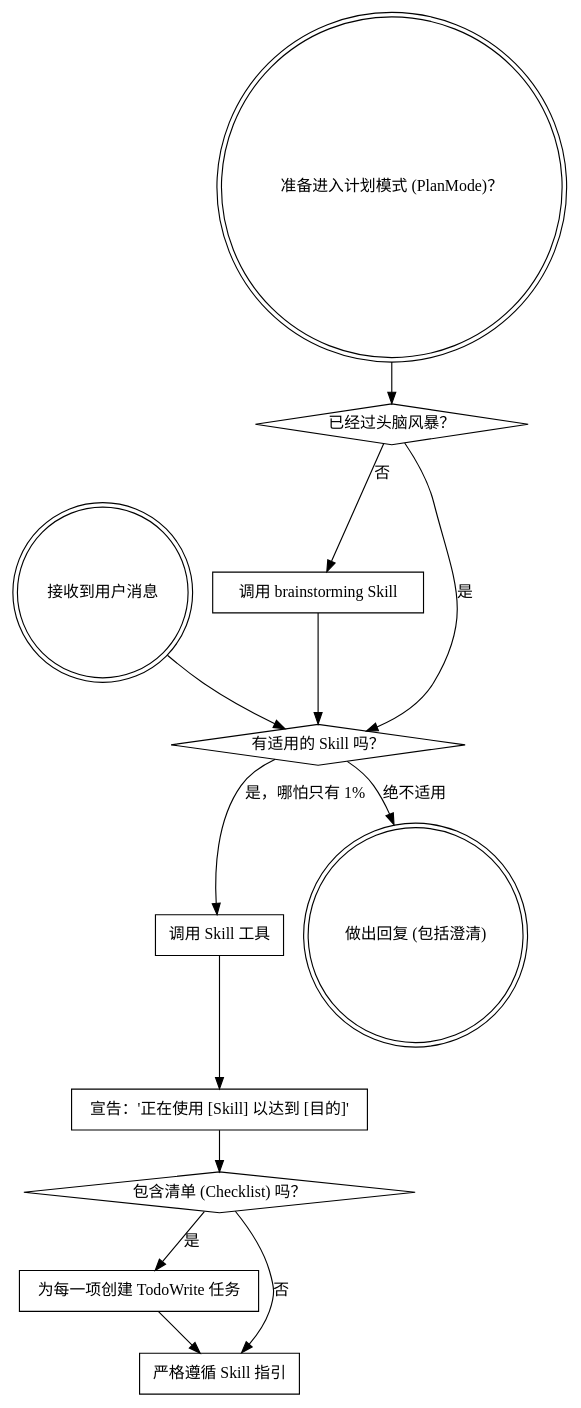
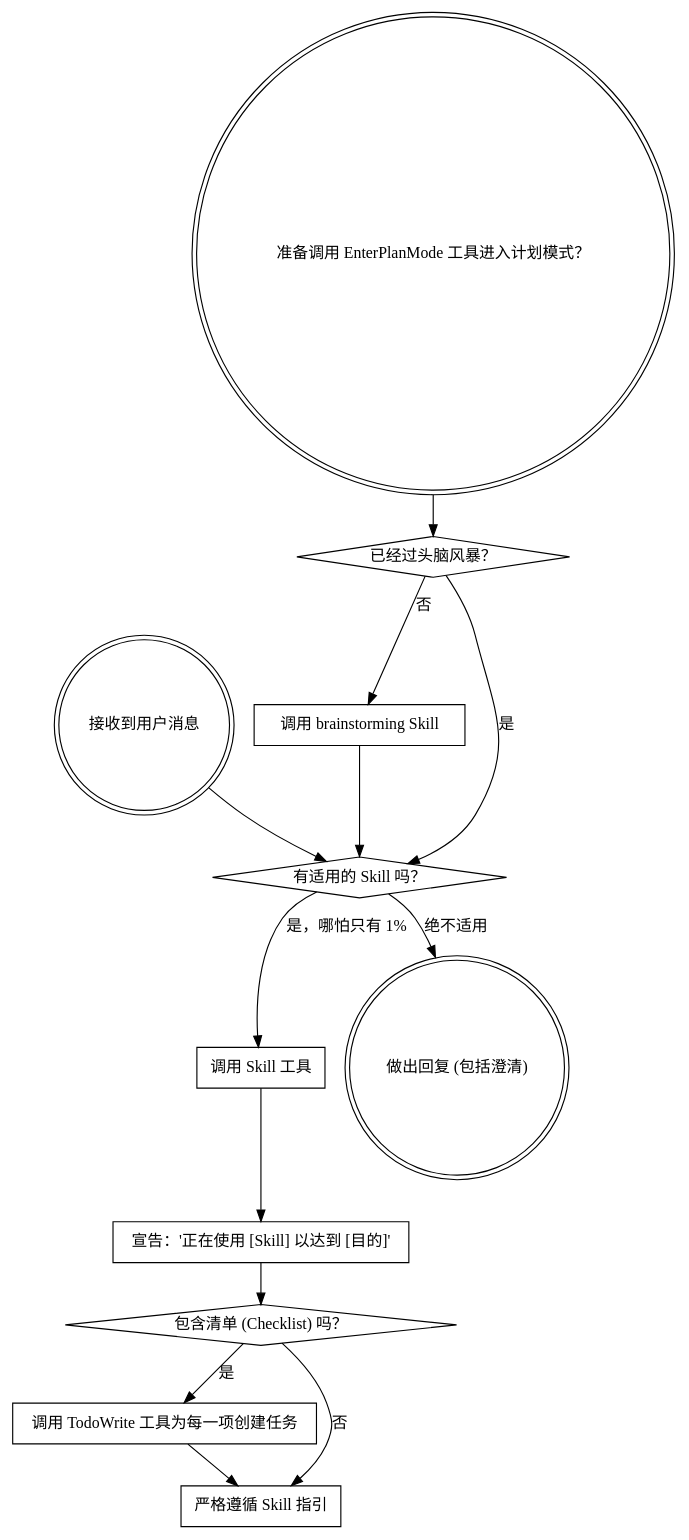
Before and after one commit to AlayaElla/nanoclaw: the diagram in container/skills/using-superpowers/SKILL.md, drawn with Graphviz. The commit also changed 5 other files, not shown here.

````diff
--- a/container/skills/using-superpowers/SKILL.md
+++ b/container/skills/using-superpowers/SKILL.md
@@ -46,29 +46,29 @@
 ```dot
 digraph skill_flow {
     "接收到用户消息" [shape=doublecircle];
-    "准备进入计划模式 (PlanMode)？" [shape=doublecircle];
+    "准备调用 EnterPlanMode 工具进入计划模式？" [shape=doublecircle];
     "已经过头脑风暴？" [shape=diamond];
     "调用 brainstorming Skill" [shape=box];
     "有适用的 Skill 吗？" [shape=diamond];
     "调用 Skill 工具" [shape=box];
     "宣告：'正在使用 [Skill] 以达到 [目的]'" [shape=box];
     "包含清单 (Checklist) 吗？" [shape=diamond];
-    "为每一项创建 TodoWrite 任务" [shape=box];
+    "调用 TodoWrite 工具为每一项创建任务" [shape=box];
     "严格遵循 Skill 指引" [shape=box];
     "做出回复 (包括澄清)" [shape=doublecircle];
 
-    "准备进入计划模式 (PlanMode)？" -> "已经过头脑风暴？";
+    "准备调用 EnterPlanMode 工具进入计划模式？" -> "已经过头脑风暴？";
     "已经过头脑风暴？" -> "调用 brainstorming Skill" [label="否"];
     "已经过头脑风暴？" -> "有适用的 Skill 吗？" [label="是"];
     "调用 brainstorming Skill" -> "有适用的 Skill 吗？";
 
     "接收到用户消息" -> "有适用的 Skill 吗？";
     "有适用的 Skill 吗？" -> "调用 Skill 工具" [label="是，哪怕只有 1%"];
     "有适用的 Skill 吗？" -> "做出回复 (包括澄清)" [label="绝不适用"];
     "调用 Skill 工具" -> "宣告：'正在使用 [Skill] 以达到 [目的]'";
     "宣告：'正在使用 [Skill] 以达到 [目的]'" -> "包含清单 (Checklist) 吗？";
-    "包含清单 (Checklist) 吗？" -> "为每一项创建 TodoWrite 任务" [label="是"];
+    "包含清单 (Checklist) 吗？" -> "调用 TodoWrite 工具为每一项创建任务" [label="是"];
     "包含清单 (Checklist) 吗？" -> "严格遵循 Skill 指引" [label="否"];
-    "为每一项创建 TodoWrite 任务" -> "严格遵循 Skill 指引";
+    "调用 TodoWrite 工具为每一项创建任务" -> "严格遵循 Skill 指引";
 }
 ```
````
